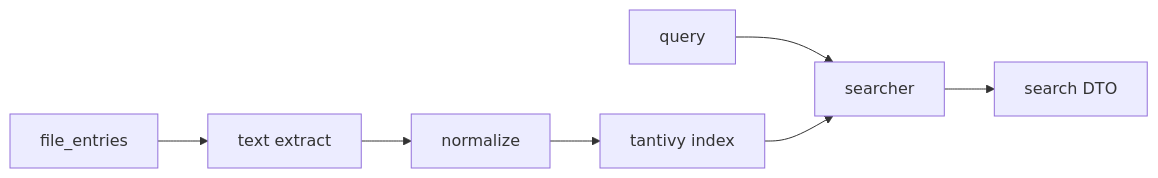
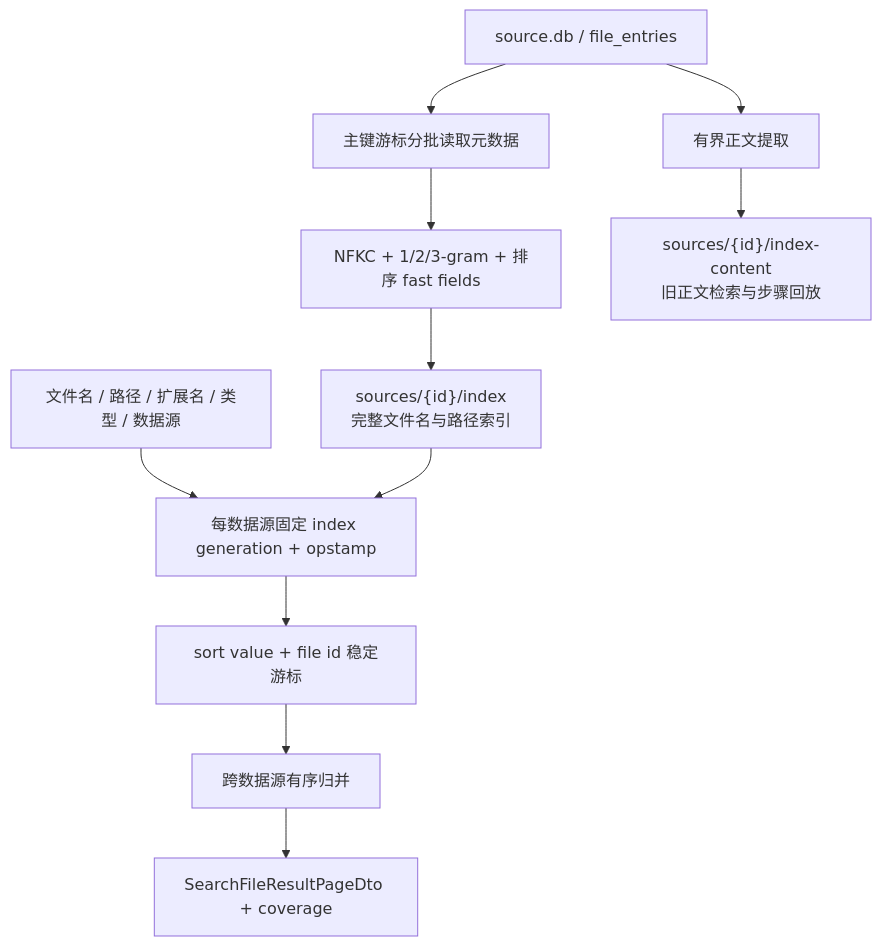
Before and after one commit to lQ-A-Ql/meow-detective: the ninth of 15 diagrams in docs/model-architecture-algorithm-diagrams.md, drawn with Mermaid. The commit also changed other lines of this file and 35 other files, not shown here.

````diff
--- a/docs/model-architecture-algorithm-diagrams.md
+++ b/docs/model-architecture-algorithm-diagrams.md
@@ -231,14 +231,19 @@
 ```mermaid
-flowchart LR
-  File["file_entries"]
-  Extract["text extract"]
-  Normalize["normalize"]
-  Index["tantivy index"]
-  Query["query"]
-  Search["searcher"]
-  Result["search DTO"]
+flowchart TB
+  File["source.db / file_entries"]
+  Page["主键游标分批读取元数据"]
+  Normalize["NFKC + 1/2/3-gram + 排序 fast fields"]
+  FileIndex["sources/{id}/index<br/>完整文件名与路径索引"]
+  Content["有界正文提取"]
+  ContentIndex["sources/{id}/index-content<br/>旧正文检索与步骤回放"]
+  Query["文件名 / 路径 / 扩展名 / 类型 / 数据源"]
+  Snapshot["每数据源固定 index generation + opstamp"]
+  Cursor["sort value + file id 稳定游标"]
+  Merge["跨数据源有序归并"]
+  Result["SearchFileResultPageDto + coverage"]
 
-  File --> Extract --> Normalize --> Index
-  Query --> Search --> Result
-  Index --> Search
+  File --> Page --> Normalize --> FileIndex
+  File --> Content --> ContentIndex
+  Query --> Snapshot
+  FileIndex --> Snapshot --> Cursor --> Merge --> Result
 ```
````
